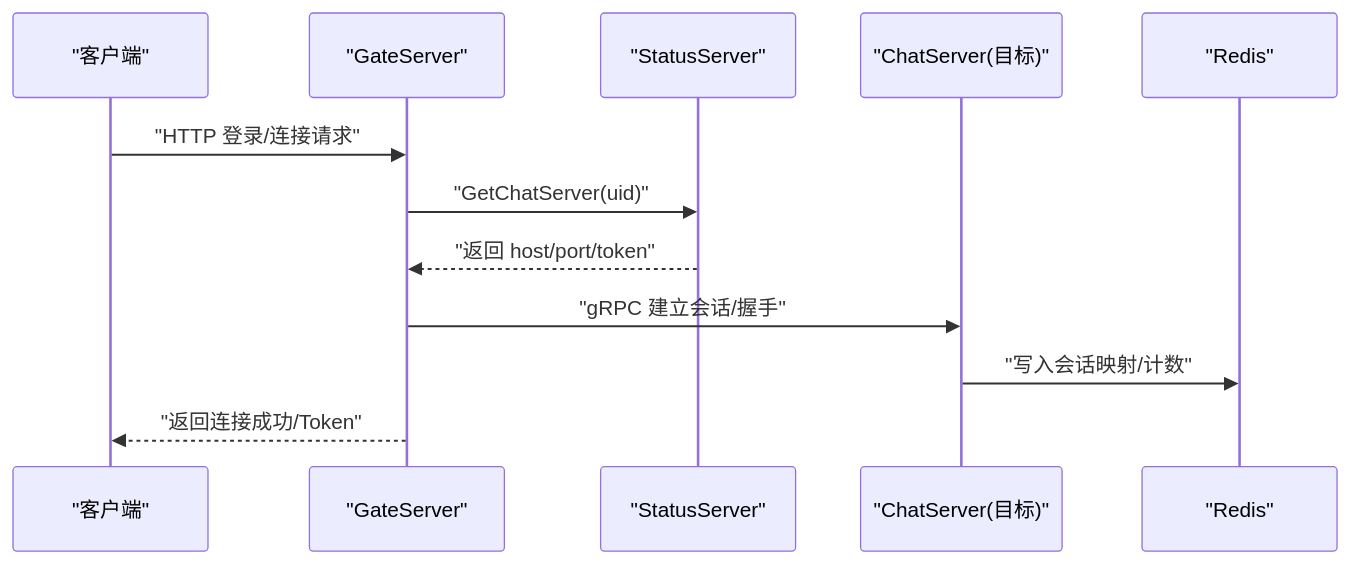
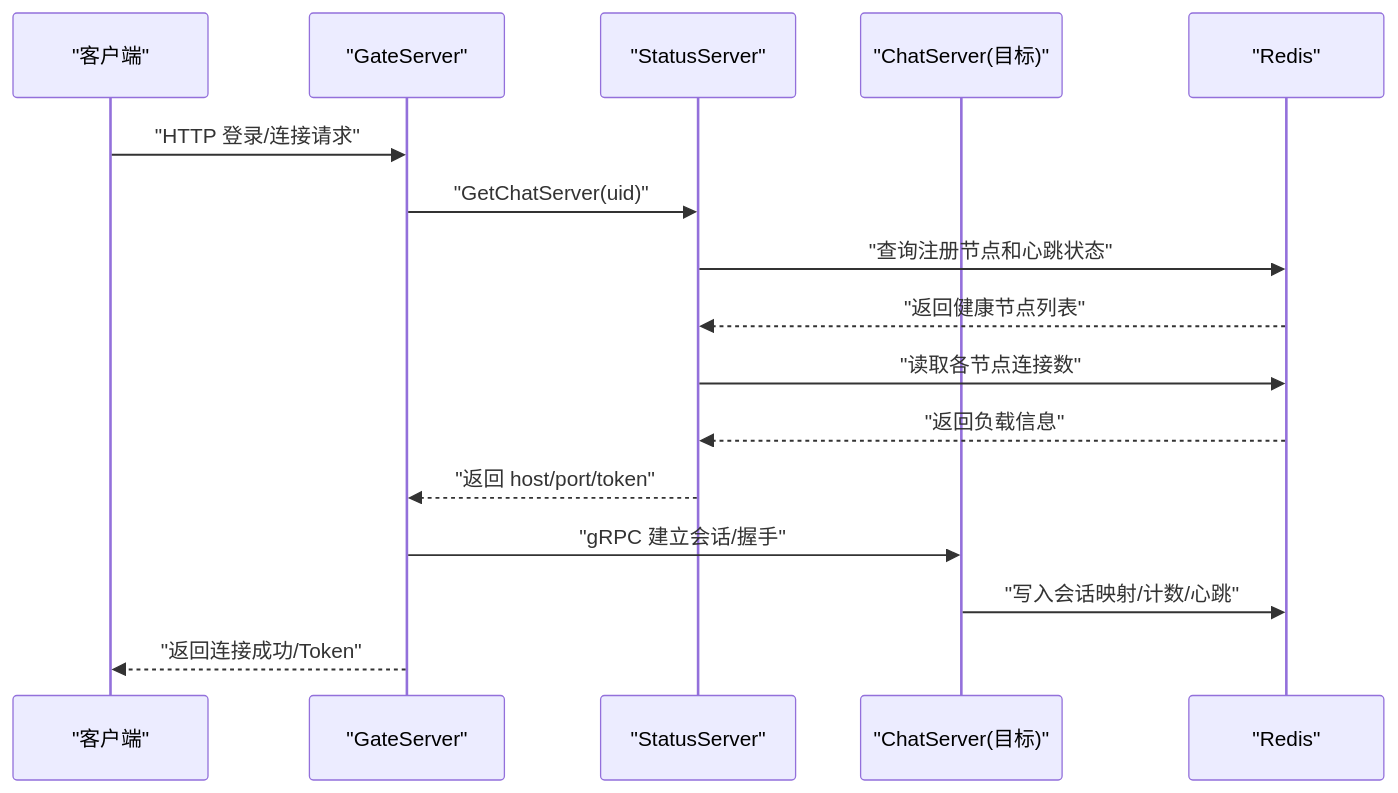
The second of 8 diagrams in .qoder/repowiki/zh/content/分布式系统/分布式系统.md (echo9923/mychatter), drawn with Mermaid before and after one commit. The commit also changed other lines of this file and 107 other files, not shown here.

````diff
--- a/.qoder/repowiki/zh/content/分布式系统/分布式系统.md
+++ b/.qoder/repowiki/zh/content/分布式系统/分布式系统.md
@@ -92,14 +112,18 @@
 ```mermaid
 sequenceDiagram
 participant C as "客户端"
 participant G as "GateServer"
 participant S as "StatusServer"
 participant A as "ChatServer(目标)"
 participant R as "Redis"
 C->>G : "HTTP 登录/连接请求"
 G->>S : "GetChatServer(uid)"
+S->>R : "查询注册节点和心跳状态"
+R-->>S : "返回健康节点列表"
+S->>R : "读取各节点连接数"
+R-->>S : "返回负载信息"
 S-->>G : "返回 host/port/token"
 G->>A : "gRPC 建立会话/握手"
-A->>R : "写入会话映射/计数"
+A->>R : "写入会话映射/计数/心跳"
 G-->>C : "返回连接成功/Token"
 ```
````
